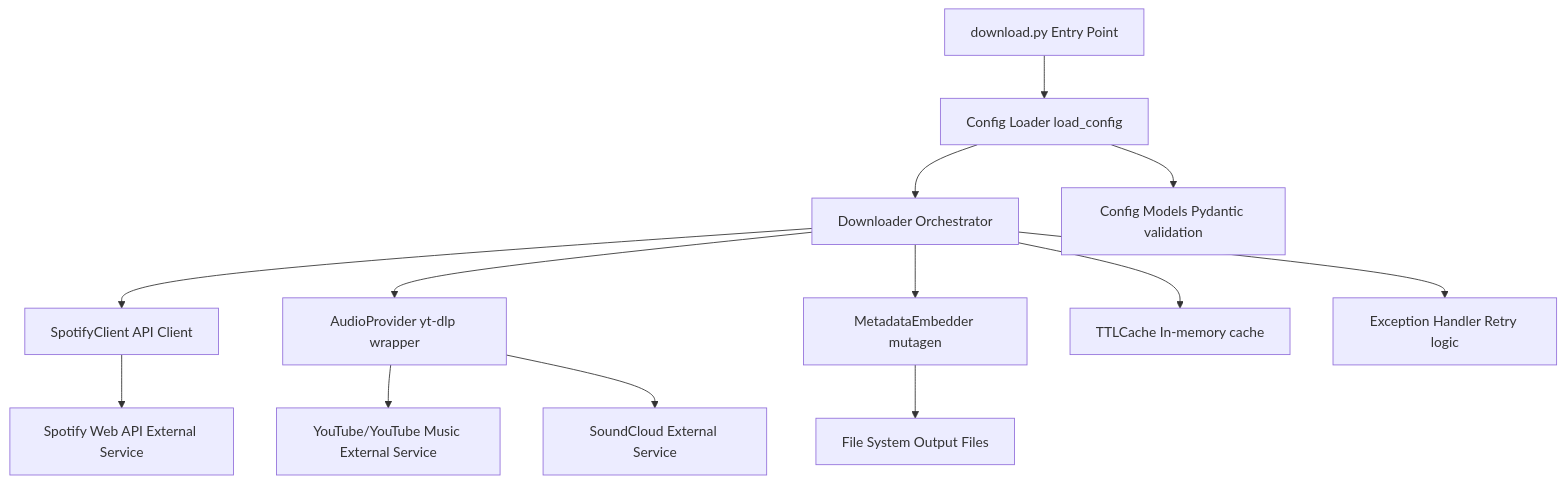
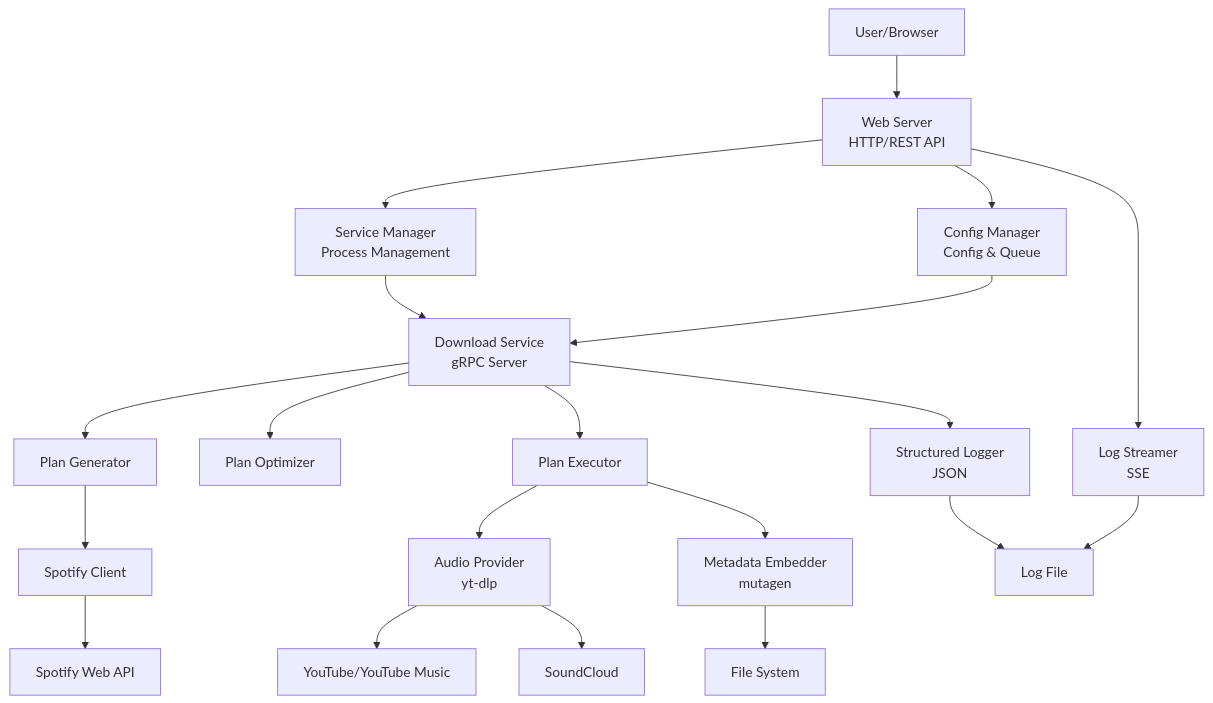
One commit to sv4u/musicdl changed the diagram in docs/wiki/Architecture.md. Above: the diagram before and after it, drawn with Mermaid. The commit also changed other lines of this file and 57 other files, not shown here.

First line of the commit message:
feat(architecture): implement decoupled architecture with gRPC communication

````diff
--- a/docs/wiki/Architecture.md
+++ b/docs/wiki/Architecture.md
@@ -19,19 +25,27 @@
 ```mermaid
 flowchart TD
-    EntryPoint["download.py Entry Point"] --> ConfigLoader["Config Loader load_config"]
-    ConfigLoader --> Downloader["Downloader Orchestrator"]
+    User[User/Browser] --> WebServer[Web Server<br/>HTTP/REST API]
+    WebServer --> ServiceManager[Service Manager<br/>Process Management]
+    ServiceManager --> DownloadService[Download Service<br/>gRPC Server]
     
-    Downloader --> SpotifyClient["SpotifyClient API Client"]
-    Downloader --> AudioProvider["AudioProvider yt-dlp wrapper"]
-    Downloader --> MetadataEmbedder["MetadataEmbedder mutagen"]
-    Downloader --> TTLCache["TTLCache In-memory cache"]
+    WebServer --> ConfigManager[Config Manager<br/>Config & Queue]
+    ConfigManager --> DownloadService
     
-    SpotifyClient --> SpotifyAPI["Spotify Web API External Service"]
-    AudioProvider --> YouTube["YouTube/YouTube Music External Service"]
-    AudioProvider --> SoundCloud["SoundCloud External Service"]
+    DownloadService --> PlanGenerator[Plan Generator]
+    DownloadService --> PlanOptimizer[Plan Optimizer]
+    DownloadService --> PlanExecutor[Plan Executor]
     
-    MetadataEmbedder --> FileSystem["File System Output Files"]
+    PlanGenerator --> SpotifyClient[Spotify Client]
+    PlanExecutor --> AudioProvider[Audio Provider<br/>yt-dlp]
+    PlanExecutor --> MetadataEmbedder[Metadata Embedder<br/>mutagen]
     
-    ConfigLoader --> ConfigModel["Config Models Pydantic validation"]
-    Downloader --> ExceptionHandler["Exception Handler Retry logic"]
+    SpotifyClient --> SpotifyAPI[Spotify Web API]
+    AudioProvider --> YouTube[YouTube/YouTube Music]
+    AudioProvider --> SoundCloud[SoundCloud]
+    MetadataEmbedder --> FileSystem[File System]
+    
+    WebServer --> LogStreamer[Log Streamer<br/>SSE]
+    DownloadService --> Logger[Structured Logger<br/>JSON]
+    Logger --> LogFile[Log File]
+    LogStreamer --> LogFile
 ```
````
